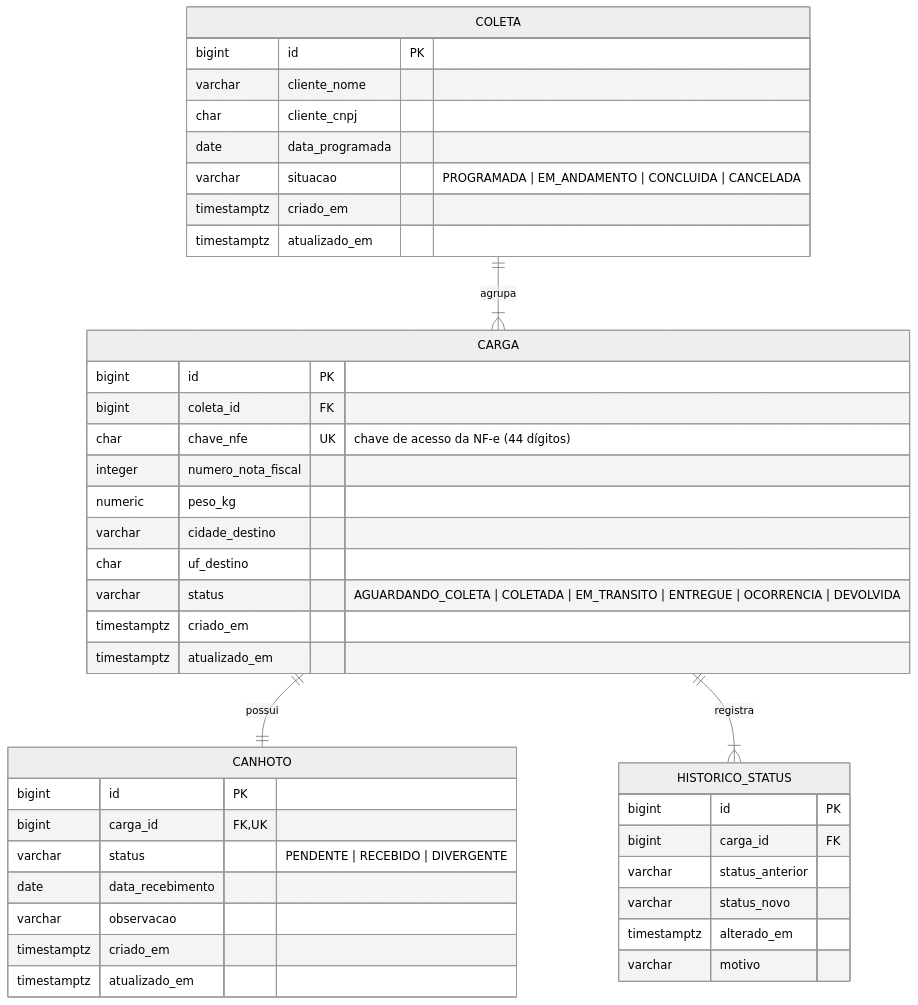
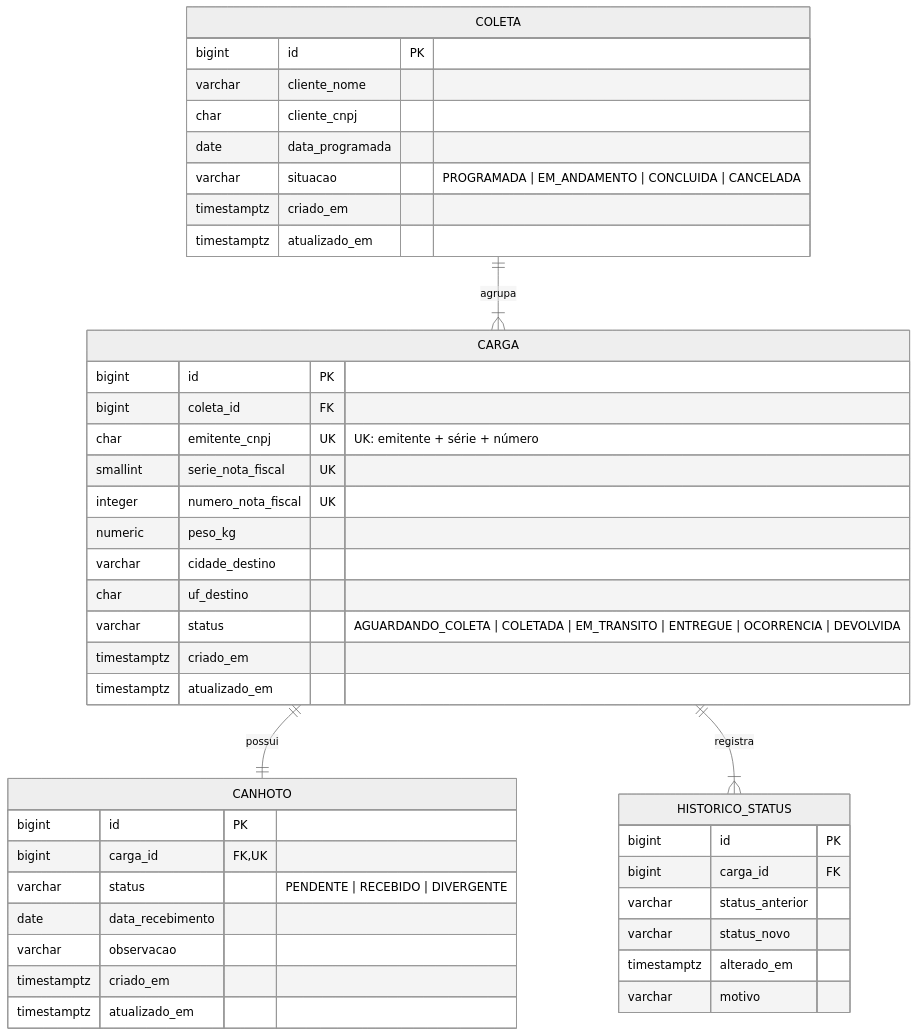
The diagram in README.md (Ejurevics/API-Controle_Canhotos), drawn with Mermaid (neutral theme) before and after one commit. The commit also changed other lines of this file and 1 other file, not shown here.

Commit message:
feat(db): identifica NF por emitente, série e número

````diff
--- a/README.md
+++ b/README.md
@@ -9,48 +9,49 @@
 ```mermaid
 erDiagram
     COLETA ||--|{ CARGA : agrupa
     CARGA ||--|| CANHOTO : possui
     CARGA ||--|{ HISTORICO_STATUS : registra
 
     COLETA {
         bigint id PK
         varchar cliente_nome
         char cliente_cnpj
         date data_programada
         varchar situacao "PROGRAMADA | EM_ANDAMENTO | CONCLUIDA | CANCELADA"
         timestamptz criado_em
         timestamptz atualizado_em
     }
 
     CARGA {
         bigint id PK
         bigint coleta_id FK
-        char chave_nfe UK "chave de acesso da NF-e (44 dígitos)"
-        integer numero_nota_fiscal
+        char emitente_cnpj UK "UK: emitente + série + número"
+        smallint serie_nota_fiscal UK
+        integer numero_nota_fiscal UK
         numeric peso_kg
         varchar cidade_destino
         char uf_destino
         varchar status "AGUARDANDO_COLETA | COLETADA | EM_TRANSITO | ENTREGUE | OCORRENCIA | DEVOLVIDA"
         timestamptz criado_em
         timestamptz atualizado_em
     }
 
     CANHOTO {
         bigint id PK
         bigint carga_id FK,UK
         varchar status "PENDENTE | RECEBIDO | DIVERGENTE"
         date data_recebimento
         varchar observacao
         timestamptz criado_em
         timestamptz atualizado_em
     }
 
     HISTORICO_STATUS {
         bigint id PK
         bigint carga_id FK
         varchar status_anterior
         varchar status_novo
         timestamptz alterado_em
         varchar motivo
     }
 ```
````
